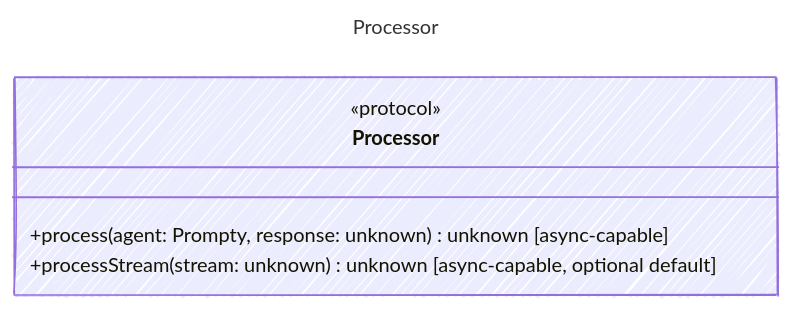
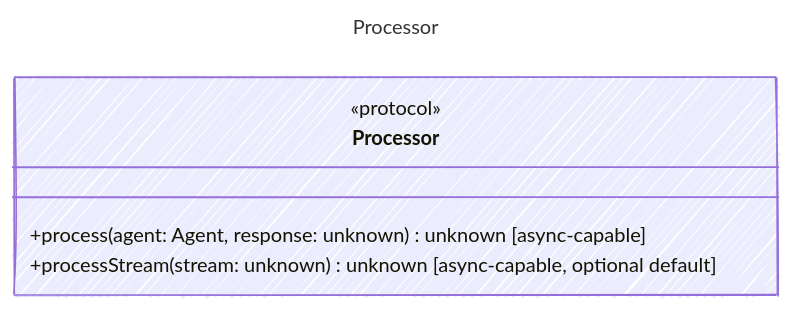
One commit to microsoft/prompty changed the diagram in web/src/content/docs/reference/Processor.md. Above: the diagram before and after it, drawn with Mermaid. The commit also changed other lines of this file and 205 other files, not shown here.

````diff
--- a/web/src/content/docs/reference/Processor.md
+++ b/web/src/content/docs/reference/Processor.md
@@ -12,16 +12,16 @@
 ```mermaid
 ---
 title: Processor
 config:
   look: handDrawn
   theme: colorful
   class:
     hideEmptyMembersBox: true
 ---
 classDiagram
     class Processor {
       <<protocol>>
-        +process(agent: Prompty, response: unknown) unknown [async-capable]
+        +process(agent: Agent, response: unknown) unknown [async-capable]
         +processStream(stream: unknown) unknown [async-capable, optional default]
     }
 ```
````
